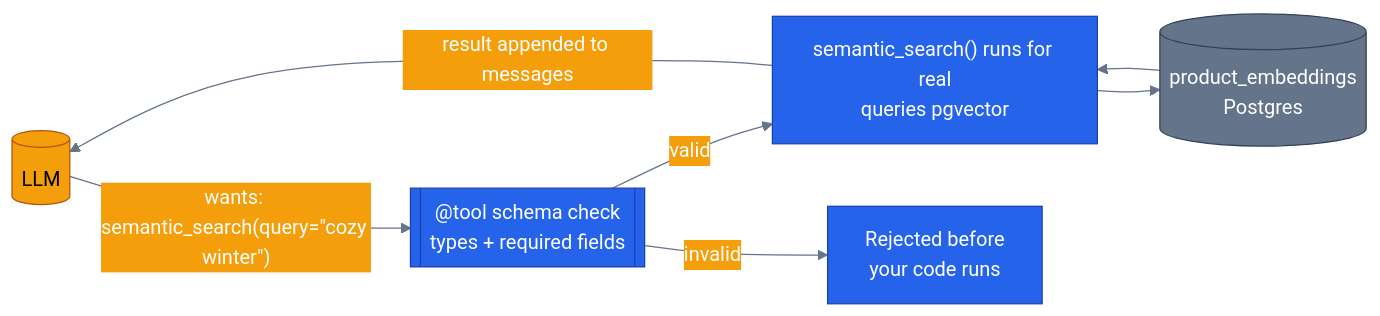
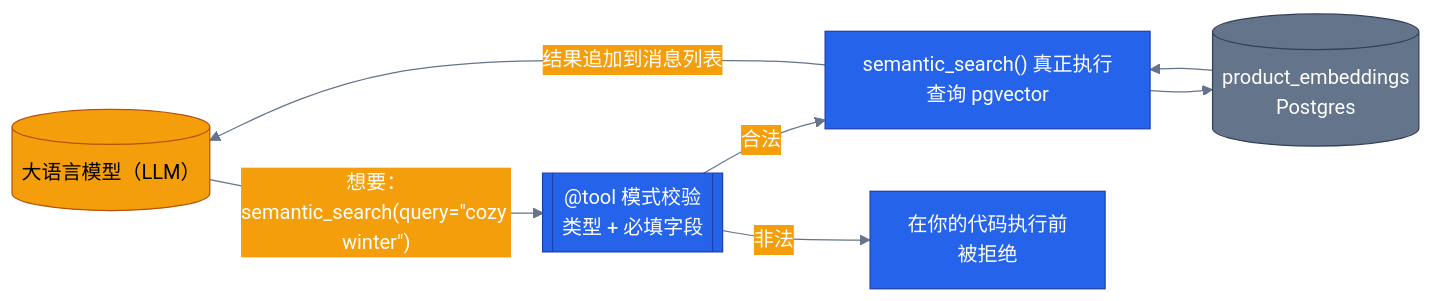
Before and after one commit to s1encisi/reliable-commerce-agents: the diagram in docs/concepts/03-tools.md, drawn with Mermaid. The commit also changed other lines of this file and 1033 other files, not shown here.

````diff
--- a/docs/concepts/03-tools.md
+++ b/docs/concepts/03-tools.md
@@ -89,21 +75,21 @@
 ```mermaid
 %%{init: {'theme':'base', 'themeVariables': {
   'primaryColor': '#2563eb','primaryTextColor': '#ffffff','primaryBorderColor': '#1e40af',
   'lineColor': '#64748b','secondaryColor': '#f59e0b','tertiaryColor': '#10b981',
   'background': 'transparent'}}}%%
 flowchart LR
   classDef core     fill:#2563eb,stroke:#1e40af,color:#ffffff
   classDef external fill:#f59e0b,stroke:#b45309,color:#000000
   classDef infra    fill:#64748b,stroke:#334155,color:#ffffff
 
-  model[("LLM")] -->|"wants: semantic_search(query=&quot;cozy winter&quot;)"| schema[["@tool schema check<br/>types + required fields"]]
-  schema -->|valid| fn["semantic_search() runs for real<br/>queries pgvector"]
-  schema -->|invalid| reject["Rejected before<br/>your code runs"]
+  model[("大语言模型（LLM）")] -->|"想要：semantic_search(query=&quot;cozy winter&quot;)"| schema[["@tool 模式校验<br/>类型 + 必填字段"]]
+  schema -->|合法| fn["semantic_search() 真正执行<br/>查询 pgvector"]
+  schema -->|非法| reject["在你的代码执行前<br/>被拒绝"]
   fn --> db[("product_embeddings<br/>Postgres")]
   db --> fn
-  fn -->|result appended to messages| model
+  fn -->|结果追加到消息列表| model
 
   class model external
   class schema,fn core
   class db infra
 ```
````
